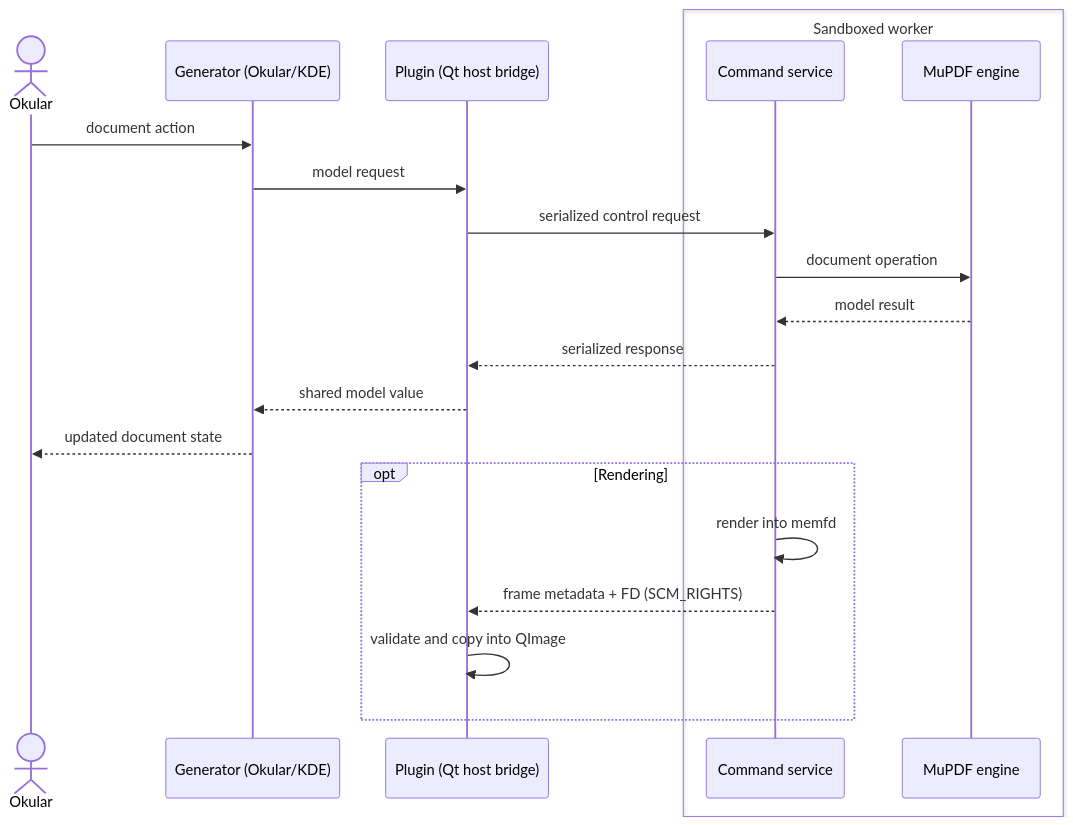
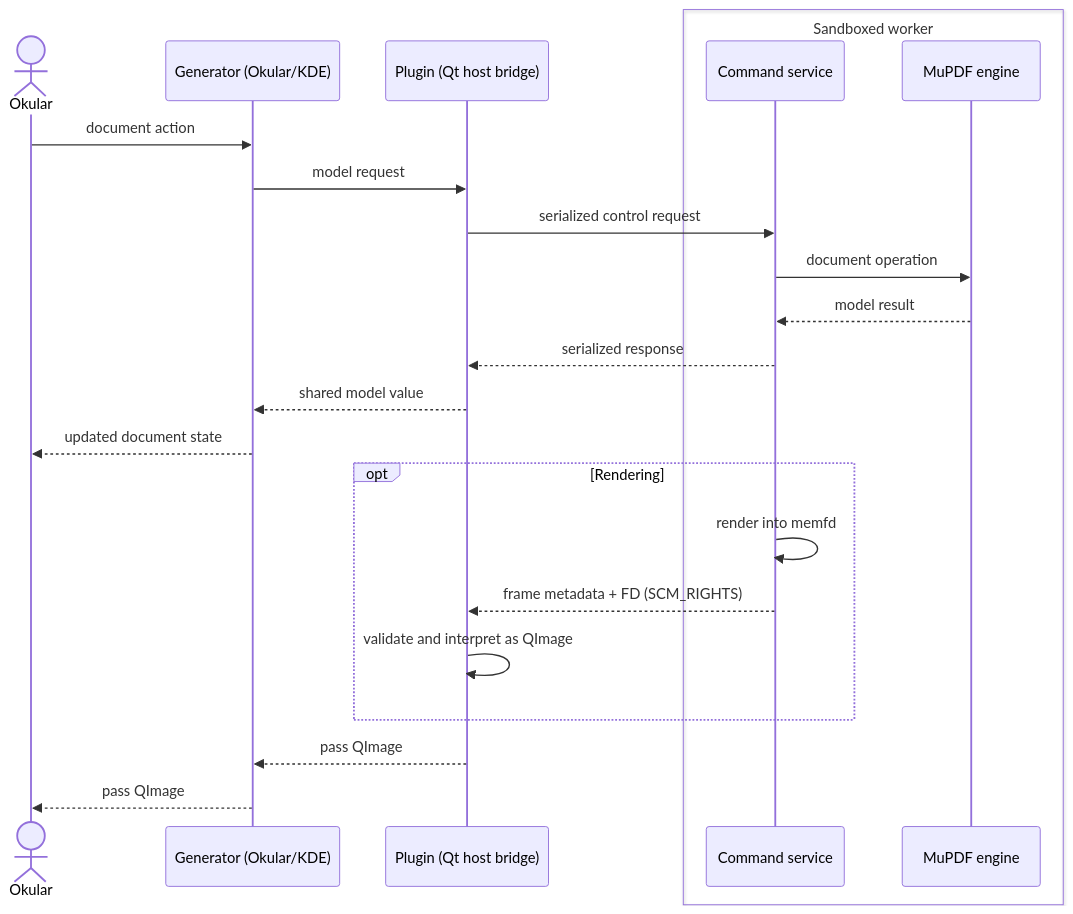
The diagram in ARCHITECTURE.md (l4rzy/okular-mupdf-ng), drawn with Mermaid before and after one commit. The commit also changed other lines of this file and 5 other files, not shown here.

````diff
--- a/ARCHITECTURE.md
+++ b/ARCHITECTURE.md
@@ -7,25 +7,28 @@
 ```mermaid
 sequenceDiagram
     actor Okular
     participant Generator as Generator (Okular/KDE)
     participant Plugin as Plugin (Qt host bridge)
     box Sandboxed worker
         participant Runtime as Command service
         participant MuPDF as MuPDF engine
     end
 
     Okular->>Generator: document action
     Generator->>Plugin: model request
     Plugin->>Runtime: serialized control request
     Runtime->>MuPDF: document operation
     MuPDF-->>Runtime: model result
     Runtime-->>Plugin: serialized response
     Plugin-->>Generator: shared model value
     Generator-->>Okular: updated document state
 
     opt Rendering
         Runtime->>Runtime: render into memfd
         Runtime-->>Plugin: frame metadata + FD (SCM_RIGHTS)
-        Plugin->>Plugin: validate and copy into QImage
+        Plugin->>Plugin: validate and interpret as QImage
     end
+
+    Plugin-->>Generator: pass QImage
+    Generator-->>Okular: pass QImage
 ```
````
